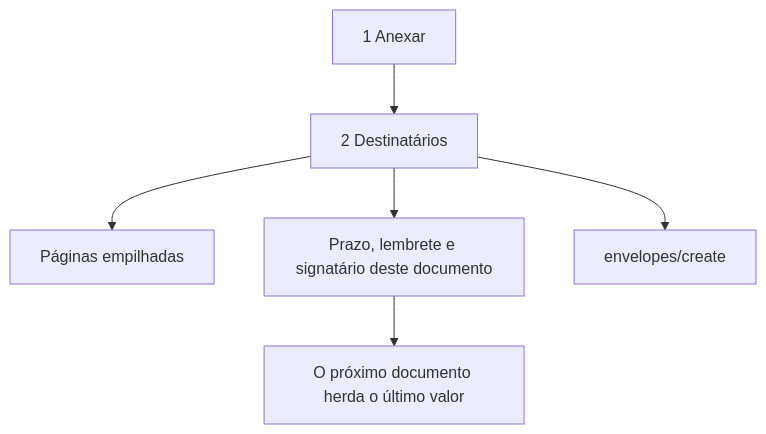
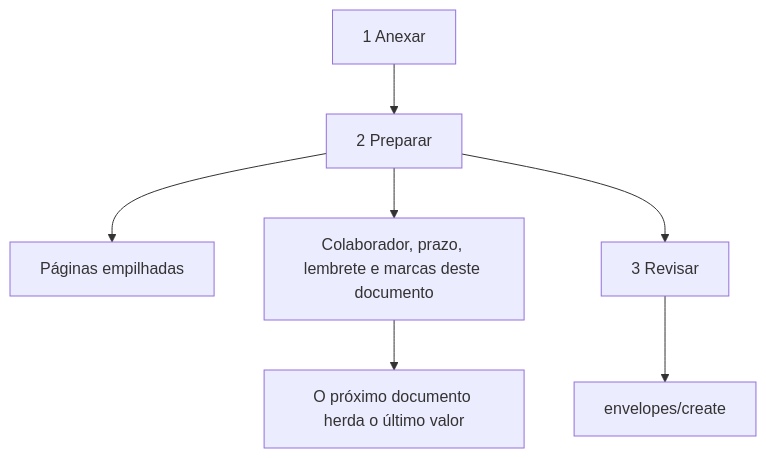
Before and after one commit to santanaebessaltda/wdash: the second of 2 diagrams in .specs/features/document-signing/design.md, drawn with Mermaid. The commit also changed other lines of this file and 6 other files, not shown here.

````diff
--- a/.specs/features/document-signing/design.md
+++ b/.specs/features/document-signing/design.md
@@ -262,8 +262,9 @@
 ```mermaid
 graph TD
-    A[1 Anexar] --> B[2 Destinatários]
+    A[1 Anexar] --> B[2 Preparar]
     B --> C[Páginas empilhadas]
-    B --> D[Prazo, lembrete e signatário deste documento]
-    B --> E[envelopes/create]
+    B --> D[Colaborador, prazo, lembrete e marcas deste documento]
+    B --> R[3 Revisar]
+    R --> E[envelopes/create]
     D --> F[O próximo documento herda o último valor]
 ```
````
